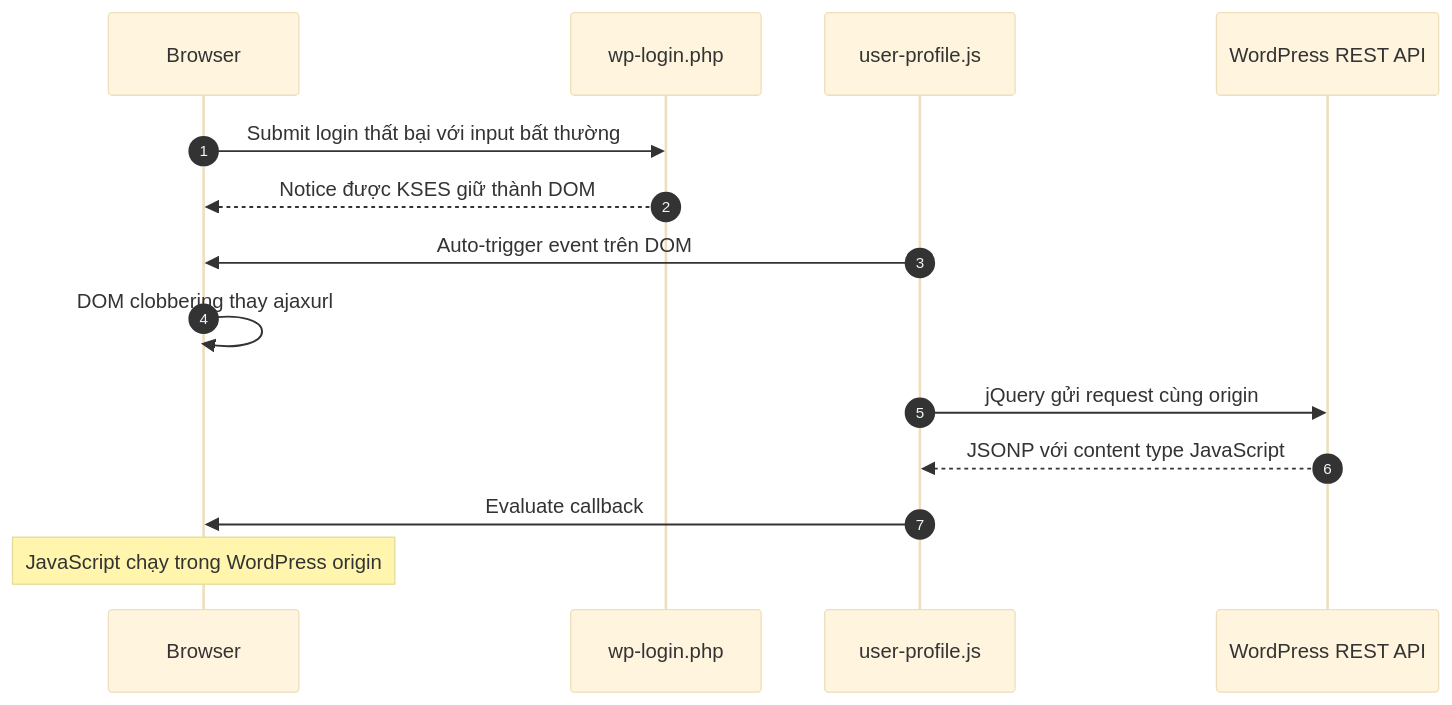
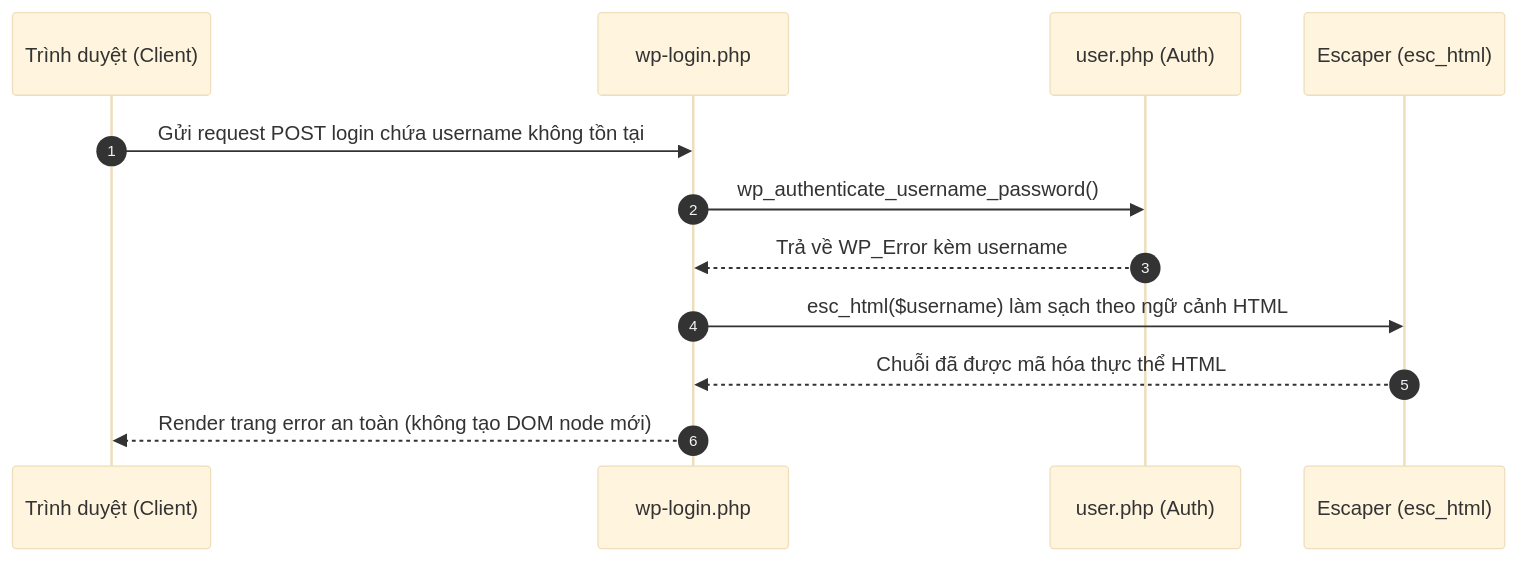
One commit to minhmd25/minhmd25.github.io changed the first of 3 diagrams in _posts/2026-08-09-xss2shell-cve-2026-64638.md. Above: the diagram before and after it, drawn with Mermaid (base theme). The commit also changed other lines of this file, not shown here.

````diff
--- a/_posts/2026-08-09-xss2shell-cve-2026-64638.md
+++ b/_posts/2026-08-09-xss2shell-cve-2026-64638.md
@@ -186,17 +62,15 @@
 ```mermaid
 sequenceDiagram
     autonumber
-    participant B as Browser
+    participant C as Trình duyệt (Client)
     participant L as wp-login.php
-    participant J as user-profile.js
-    participant R as WordPress REST API
+    participant U as user.php (Auth)
+    participant E as Escaper (esc_html)
 
-    B->>L: Submit login thất bại với input bất thường
-    L-->>B: Notice được KSES giữ thành DOM
-    J->>B: Auto-trigger event trên DOM
-    B->>B: DOM clobbering thay ajaxurl
-    J->>R: jQuery gửi request cùng origin
-    R-->>J: JSONP với content type JavaScript
-    J->>B: Evaluate callback
-    Note over B: JavaScript chạy trong WordPress origin
+    C->>L: Gửi request POST login chứa username không tồn tại
+    L->>U: wp_authenticate_username_password()
+    U-->>L: Trả về WP_Error kèm username
+    L->>E: esc_html($username) làm sạch theo ngữ cảnh HTML
+    E-->>L: Chuỗi đã được mã hóa thực thể HTML
+    L-->>C: Render trang error an toàn (không tạo DOM node mới)
 ```
````
